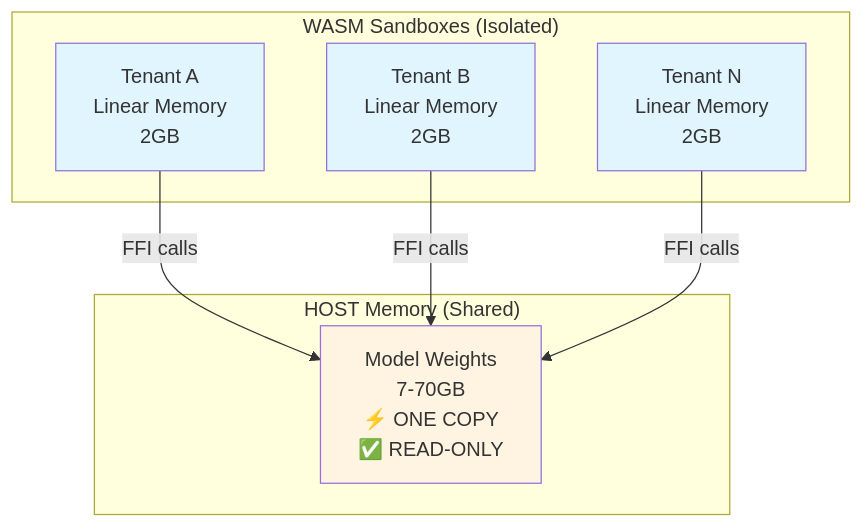
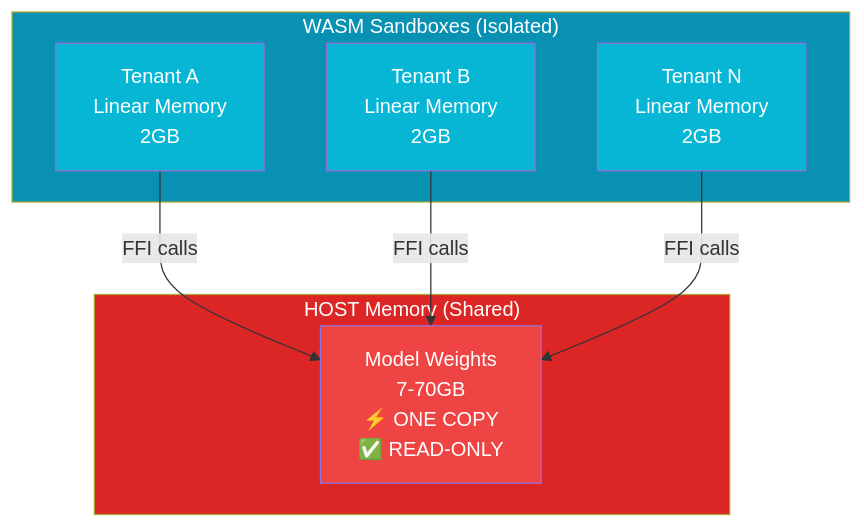
Before and after one commit to Querent-ai/realm: the sixth of 6 diagrams in README.md, drawn with Mermaid. The commit also changed other lines of this file, not shown here.

Commit message:
clean mermaids

````diff
--- a/README.md
+++ b/README.md
@@ -368,20 +380,22 @@
 ```mermaid
 graph TB
     subgraph WASM["WASM Sandboxes (Isolated)"]
         TA["Tenant A<br/>Linear Memory<br/>2GB"]
         TB["Tenant B<br/>Linear Memory<br/>2GB"]
         TN["Tenant N<br/>Linear Memory<br/>2GB"]
-        style TA fill:#e1f5ff
-        style TB fill:#e1f5ff
-        style TN fill:#e1f5ff
+        style WASM fill:#0891b2,color:#fff
+        style TA fill:#06b6d4,color:#fff
+        style TB fill:#06b6d4,color:#fff
+        style TN fill:#06b6d4,color:#fff
     end
     
     subgraph HOST["HOST Memory (Shared)"]
         WEIGHTS["Model Weights<br/>7-70GB<br/>⚡ ONE COPY<br/>✅ READ-ONLY"]
-        style WEIGHTS fill:#fff4e1
+        style HOST fill:#dc2626,color:#fff
+        style WEIGHTS fill:#ef4444,color:#fff
     end
     
     TA -->|FFI calls| WEIGHTS
     TB -->|FFI calls| WEIGHTS
     TN -->|FFI calls| WEIGHTS
 ```
````
